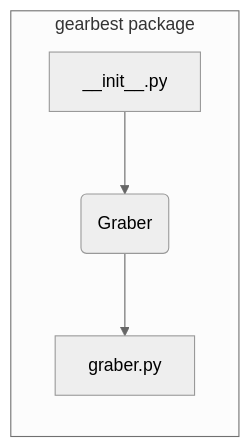
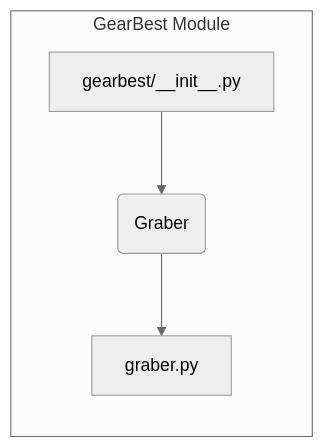
One commit to hypo69/hypo changed the second of 2 diagrams in docs/gemini/ru/explainer/src/suppliers/gearbest/__init__.md. Above: the diagram before and after it, drawn with Mermaid (neutral theme). The commit also changed other lines of this file and 468 other files, not shown here.

````diff
--- a/docs/gemini/ru/explainer/src/suppliers/gearbest/__init__.md
+++ b/docs/gemini/ru/explainer/src/suppliers/gearbest/__init__.md
@@ -37,7 +40,7 @@
 ```mermaid
 graph LR
-    subgraph "gearbest package"
-        A[__init__.py] --> B(Graber);
+    subgraph GearBest Module
+        A[gearbest/__init__.py] --> B(Graber);
         B --> C[graber.py];
     end
 ```
````
